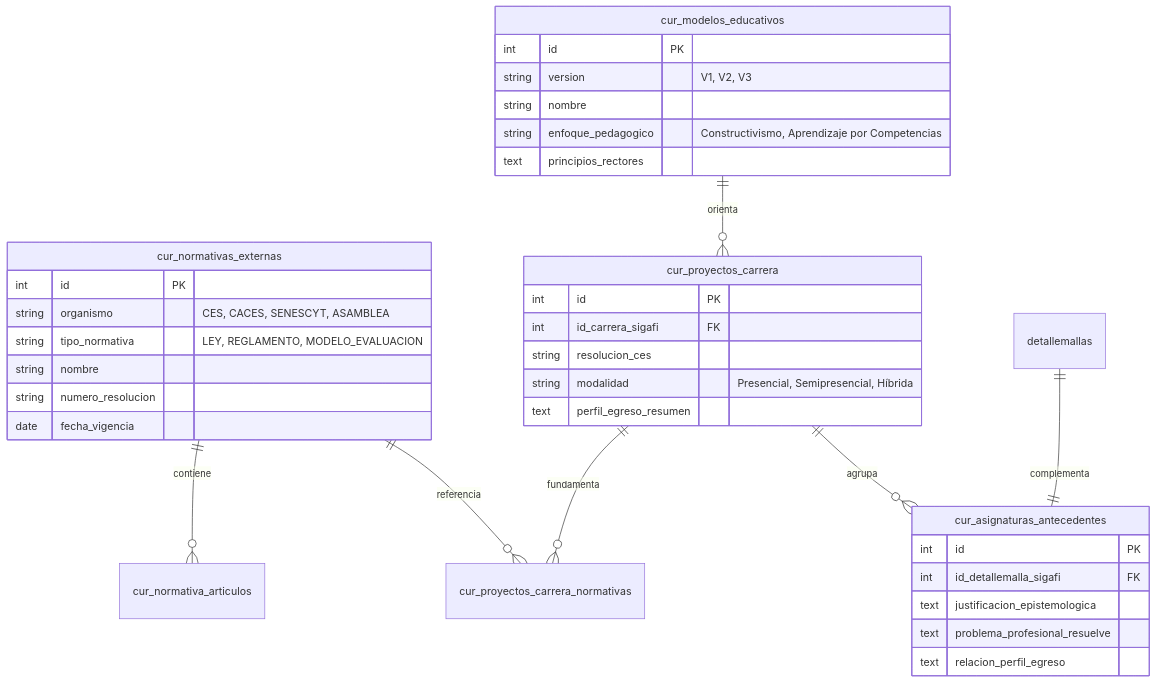
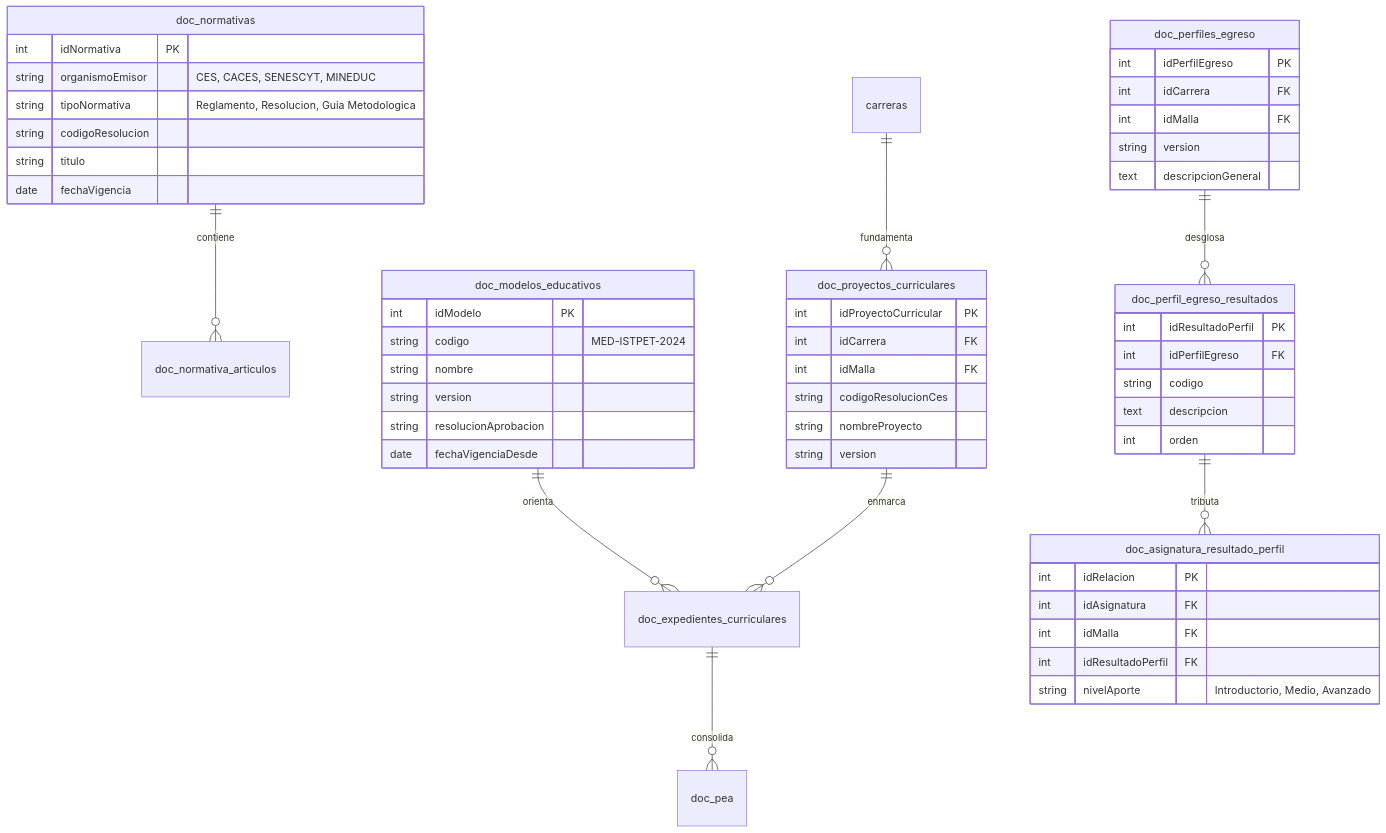
One commit to JorgeDoicela/dosier changed the second of 2 diagrams in docs/documentacion/04-base-de-datos/02-catalogos-normativa-ecuador.md. Above: the diagram before and after it, drawn with Mermaid. The commit also changed other lines of this file and 19 other files, not shown here.

````diff
--- a/docs/documentacion/04-base-de-datos/02-catalogos-normativa-ecuador.md
+++ b/docs/documentacion/04-base-de-datos/02-catalogos-normativa-ecuador.md
@@ -69,42 +69,61 @@
 ```mermaid
 erDiagram
-    cur_normativas_externas ||--o{ cur_normativa_articulos : contiene
-    cur_normativas_externas ||--o{ cur_proyectos_carrera_normativas : referencia
-    cur_proyectos_carrera ||--o{ cur_proyectos_carrera_normativas : fundamenta
-    cur_modelos_educativos ||--o{ cur_proyectos_carrera : orienta
-    cur_proyectos_carrera ||--o{ cur_asignaturas_antecedentes : agrupa
-    detallemallas ||--|| cur_asignaturas_antecedentes : complementa
+    doc_normativas ||--o{ doc_normativa_articulos : contiene
+    carreras ||--o{ doc_proyectos_curriculares : fundamenta
+    doc_modelos_educativos ||--o{ doc_expedientes_curriculares : orienta
+    doc_proyectos_curriculares ||--o{ doc_expedientes_curriculares : enmarca
+    doc_perfiles_egreso ||--o{ doc_perfil_egreso_resultados : desglosa
+    doc_perfil_egreso_resultados ||--o{ doc_asignatura_resultado_perfil : tributa
+    doc_expedientes_curriculares ||--o{ doc_pea : consolida
 
-    cur_normativas_externas {
-        int id PK
-        string organismo "CES, CACES, SENESCYT, ASAMBLEA"
-        string tipo_normativa "LEY, REGLAMENTO, MODELO_EVALUACION"
-        string nombre
-        string numero_resolucion
-        date fecha_vigencia
+    doc_normativas {
+        int idNormativa PK
+        string organismoEmisor "CES, CACES, SENESCYT, MINEDUC"
+        string tipoNormativa "Reglamento, Resolucion, Guia Metodologica"
+        string codigoResolucion
+        string titulo
+        date fechaVigencia
     }
 
-    cur_modelos_educativos {
-        int id PK
-        string version "V1, V2, V3"
+    doc_modelos_educativos {
+        int idModelo PK
+        string codigo "MED-ISTPET-2024"
         string nombre
-        string enfoque_pedagogico "Constructivismo, Aprendizaje por Competencias"
-        text principios_rectores
+        string version
+        string resolucionAprobacion
+        date fechaVigenciaDesde
     }
 
-    cur_proyectos_carrera {
-        int id PK
-        int id_carrera_sigafi FK
-        string resolucion_ces
-        string modalidad "Presencial, Semipresencial, Híbrida"
-        text perfil_egreso_resumen
+    doc_proyectos_curriculares {
+        int idProyectoCurricular PK
+        int idCarrera FK
+        int idMalla FK
+        string codigoResolucionCes
+        string nombreProyecto
+        string version
     }
 
-    cur_asignaturas_antecedentes {
-        int id PK
-        int id_detallemalla_sigafi FK
-        text justificacion_epistemologica
-        text problema_profesional_resuelve
-        text relacion_perfil_egreso
+    doc_perfiles_egreso {
+        int idPerfilEgreso PK
+        int idCarrera FK
+        int idMalla FK
+        string version
+        text descripcionGeneral
+    }
+
+    doc_perfil_egreso_resultados {
+        int idResultadoPerfil PK
+        int idPerfilEgreso FK
+        string codigo
+        text descripcion
+        int orden
+    }
+
+    doc_asignatura_resultado_perfil {
+        int idRelacion PK
+        int idAsignatura FK
+        int idMalla FK
+        int idResultadoPerfil FK
+        string nivelAporte "Introductorio, Medio, Avanzado"
     }
 ```
````
